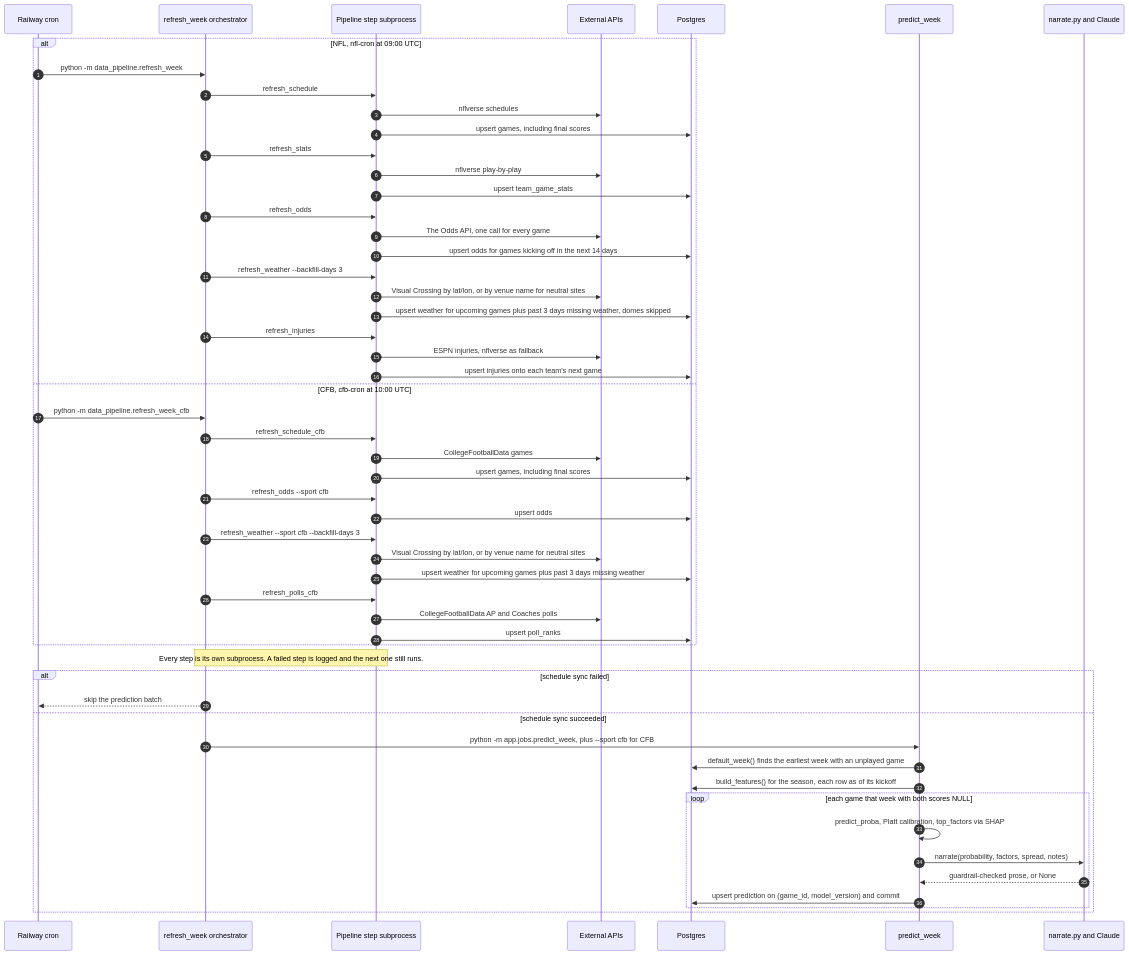
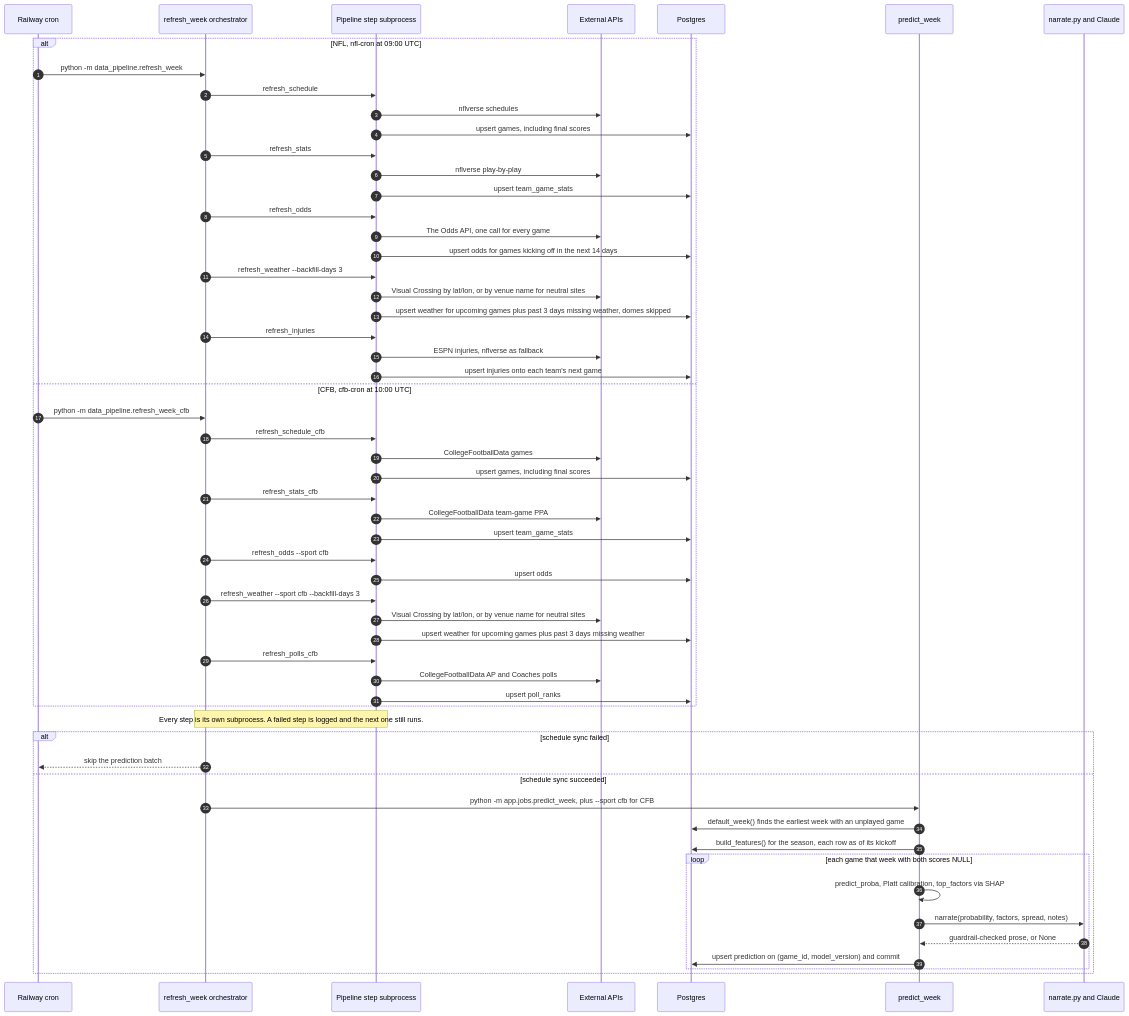
Before and after one commit to carterptull/blitzcast: the diagram in diagrams/daily-refresh-sequence.md, drawn with Mermaid. The commit also changed other lines of this file and 16 other files, not shown here.

Commit message:
docs: changelog, decisions, diagrams, and version for 1.0.13

````diff
--- a/diagrams/daily-refresh-sequence.md
+++ b/diagrams/daily-refresh-sequence.md
@@ -6,57 +6,60 @@
 ```mermaid
 sequenceDiagram
     autonumber
     participant R as Railway cron
     participant O as refresh_week orchestrator
     participant P as Pipeline step subprocess
     participant X as External APIs
     participant DB as Postgres
     participant J as predict_week
     participant L as narrate.py and Claude
 
     alt NFL, nfl-cron at 09:00 UTC
         R->>O: python -m data_pipeline.refresh_week
         O->>P: refresh_schedule
         P->>X: nflverse schedules
         P->>DB: upsert games, including final scores
         O->>P: refresh_stats
         P->>X: nflverse play-by-play
         P->>DB: upsert team_game_stats
         O->>P: refresh_odds
         P->>X: The Odds API, one call for every game
         P->>DB: upsert odds for games kicking off in the next 14 days
         O->>P: refresh_weather --backfill-days 3
         P->>X: Visual Crossing by lat/lon, or by venue name for neutral sites
         P->>DB: upsert weather for upcoming games plus past 3 days missing weather, domes skipped
         O->>P: refresh_injuries
         P->>X: ESPN injuries, nflverse as fallback
         P->>DB: upsert injuries onto each team's next game
     else CFB, cfb-cron at 10:00 UTC
         R->>O: python -m data_pipeline.refresh_week_cfb
         O->>P: refresh_schedule_cfb
         P->>X: CollegeFootballData games
         P->>DB: upsert games, including final scores
+        O->>P: refresh_stats_cfb
+        P->>X: CollegeFootballData team-game PPA
+        P->>DB: upsert team_game_stats
         O->>P: refresh_odds --sport cfb
         P->>DB: upsert odds
         O->>P: refresh_weather --sport cfb --backfill-days 3
         P->>X: Visual Crossing by lat/lon, or by venue name for neutral sites
         P->>DB: upsert weather for upcoming games plus past 3 days missing weather
         O->>P: refresh_polls_cfb
         P->>X: CollegeFootballData AP and Coaches polls
         P->>DB: upsert poll_ranks
     end
     Note over O,P: Every step is its own subprocess. A failed step is logged and the next one still runs.
     alt schedule sync failed
         O-->>R: skip the prediction batch
     else schedule sync succeeded
         O->>J: python -m app.jobs.predict_week, plus --sport cfb for CFB
         J->>DB: default_week() finds the earliest week with an unplayed game
         J->>DB: build_features() for the season, each row as of its kickoff
         loop each game that week with both scores NULL
             J->>J: predict_proba, Platt calibration, top_factors via SHAP
             J->>L: narrate(probability, factors, spread, notes)
             L-->>J: guardrail-checked prose, or None
             J->>DB: upsert prediction on (game_id, model_version) and commit
         end
     end
 ```
````
